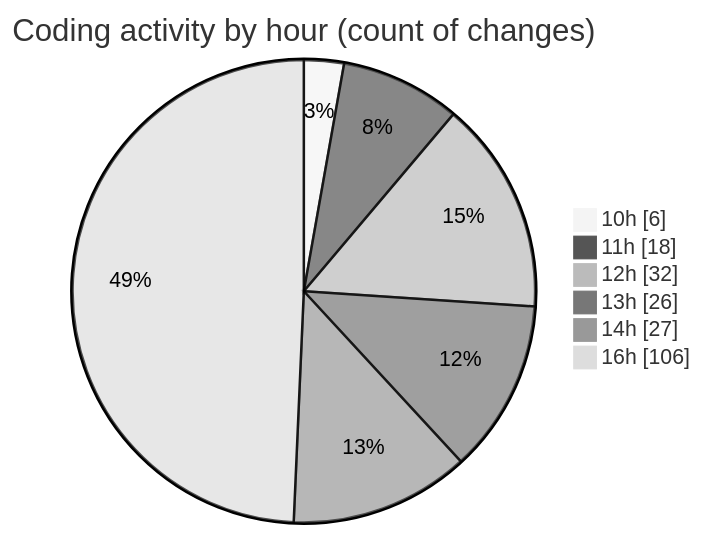
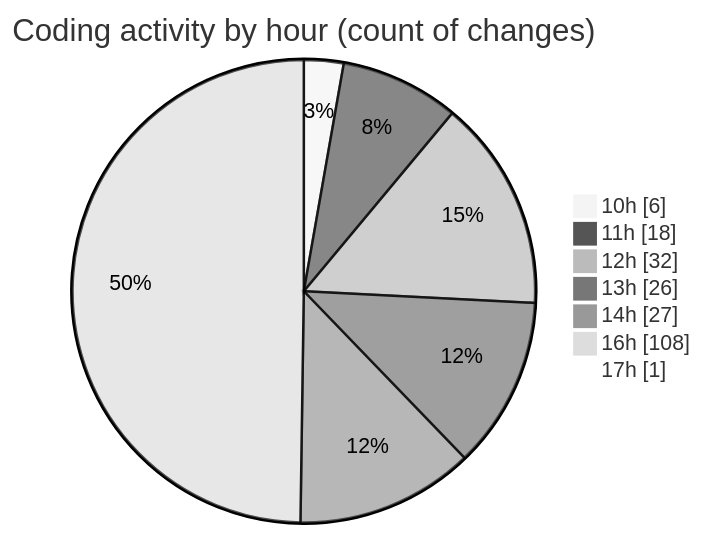
The second of 2 diagrams in 2026-09-03/cda/README.md (momahboobian/code-tracking), drawn with Mermaid (neutral theme) before and after one commit. The commit also changed other lines of this file and 1 other file, not shown here.

````diff
--- a/2026-09-03/cda/README.md
+++ b/2026-09-03/cda/README.md
@@ -98,10 +98,11 @@
 ```mermaid
 pie showData
 title Coding activity by hour (count of changes)
 "10h" : 6
 "11h" : 18
 "12h" : 32
 "13h" : 26
 "14h" : 27
-"16h" : 106
+"16h" : 108
+"17h" : 1
 ```
````
